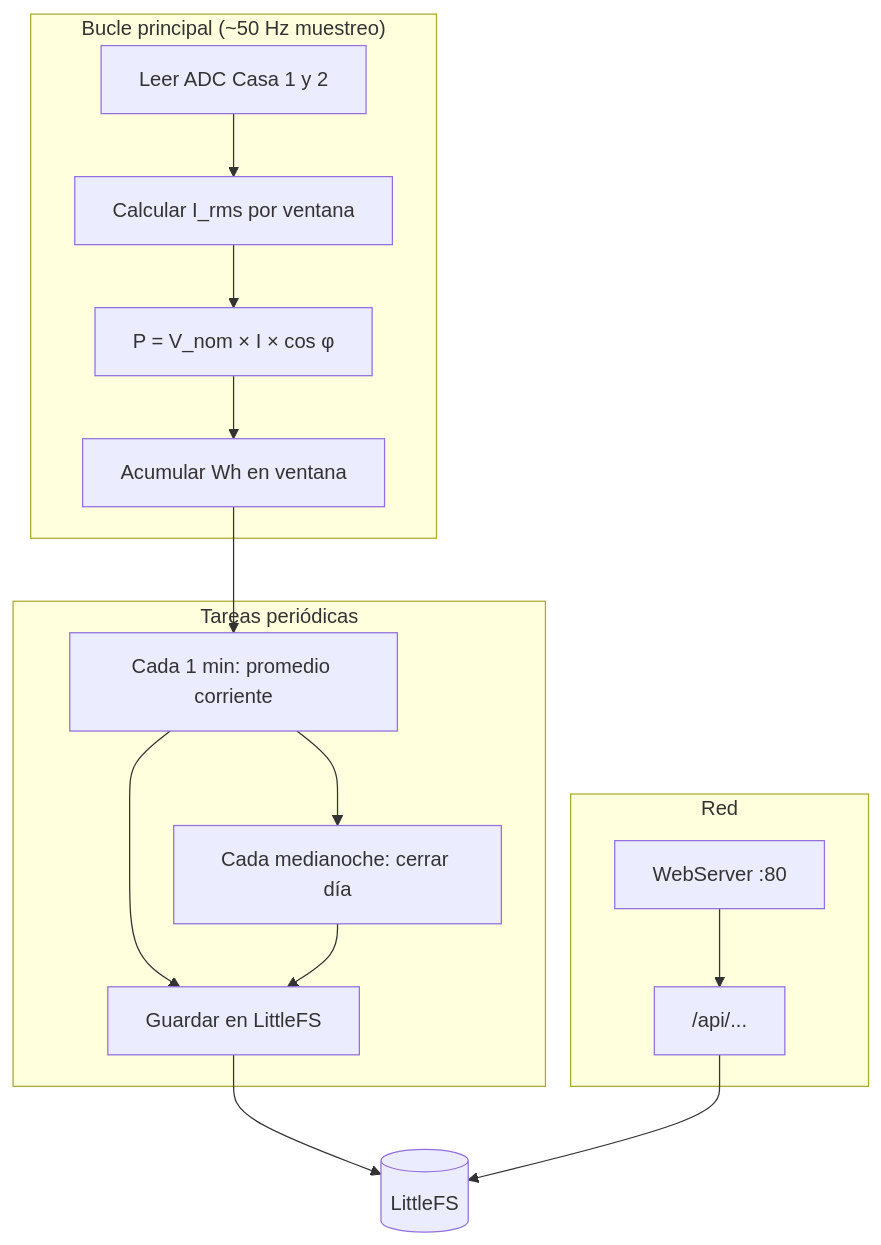
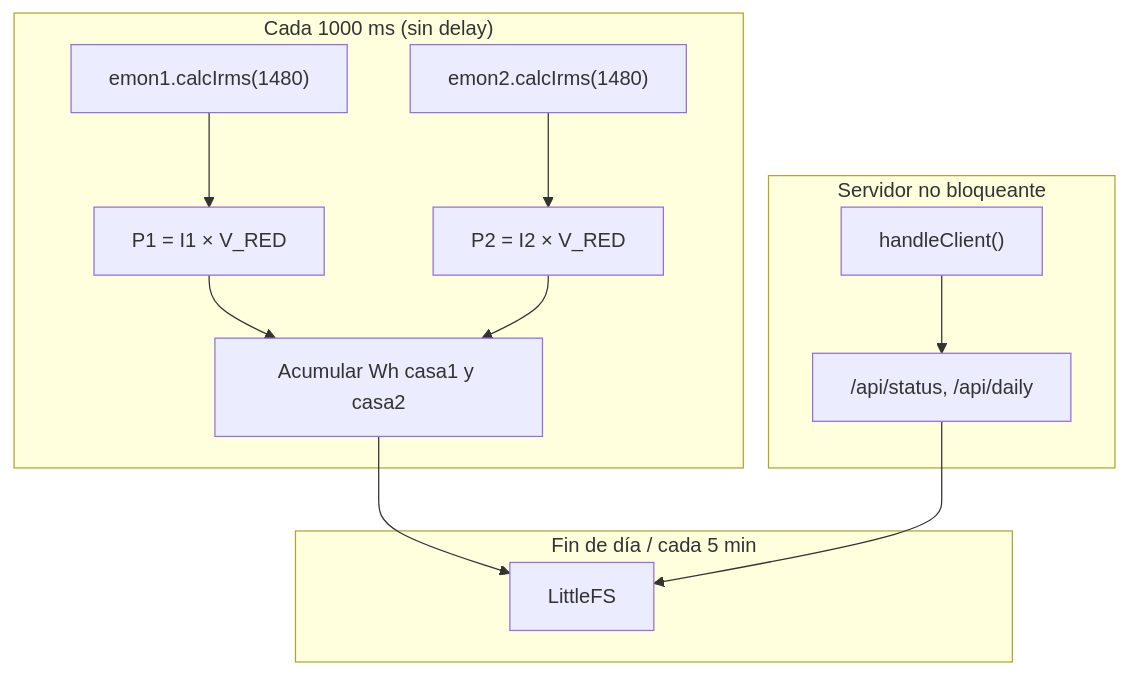
Before and after one commit to TaielMartinez/medidor-corriente-casa: the first of 2 diagrams in docs/02-software.md, drawn with Mermaid. The commit also changed other lines of this file and 11 other files, not shown here.

````diff
--- a/docs/02-software.md
+++ b/docs/02-software.md
@@ -19,27 +22,25 @@
 ```mermaid
 flowchart TB
-    subgraph Loop["Bucle principal (~50 Hz muestreo)"]
-        ADC["Leer ADC Casa 1 y 2"]
-        RMS["Calcular I_rms por ventana"]
-        PWR["P = V_nom × I × cos φ"]
-        ACC["Acumular Wh en ventana"]
+    subgraph Cada1s["Cada 1000 ms (sin delay)"]
+        E1["emon1.calcIrms(1480)"]
+        E2["emon2.calcIrms(1480)"]
+        P1["P1 = I1 × V_RED"]
+        P2["P2 = I2 × V_RED"]
+        ACC["Acumular Wh casa1 y casa2"]
     end
 
-    subgraph Tasks["Tareas periódicas"]
-        MIN["Cada 1 min: promedio corriente"]
-        DAY["Cada medianoche: cerrar día"]
-        SAVE["Guardar en LittleFS"]
+    subgraph HTTP["Servidor no bloqueante"]
+        SRV["handleClient()"]
+        API["/api/status, /api/daily"]
     end
 
-    subgraph Net["Red"]
-        HTTP["WebServer :80"]
-        API["/api/..."]
+    subgraph Dia["Fin de día / cada 5 min"]
+        SAVE["LittleFS"]
     end
 
-    ADC --> RMS --> PWR --> ACC
-    ACC --> MIN --> SAVE
-    MIN --> DAY --> SAVE
-    HTTP --> API
-    SAVE --> FS[("LittleFS")]
-    API --> FS
+    E1 --> P1 --> ACC
+    E2 --> P2 --> ACC
+    ACC --> SAVE
+    SRV --> API
+    API --> SAVE
 ```
````
